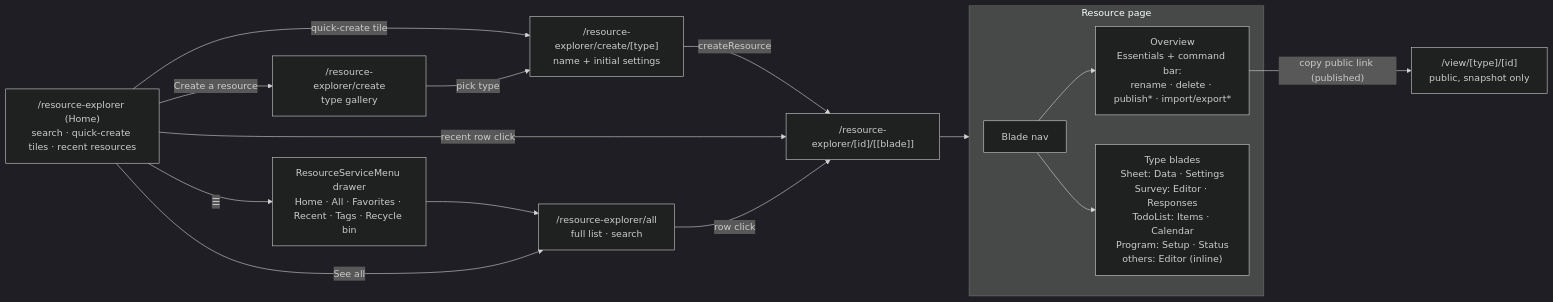
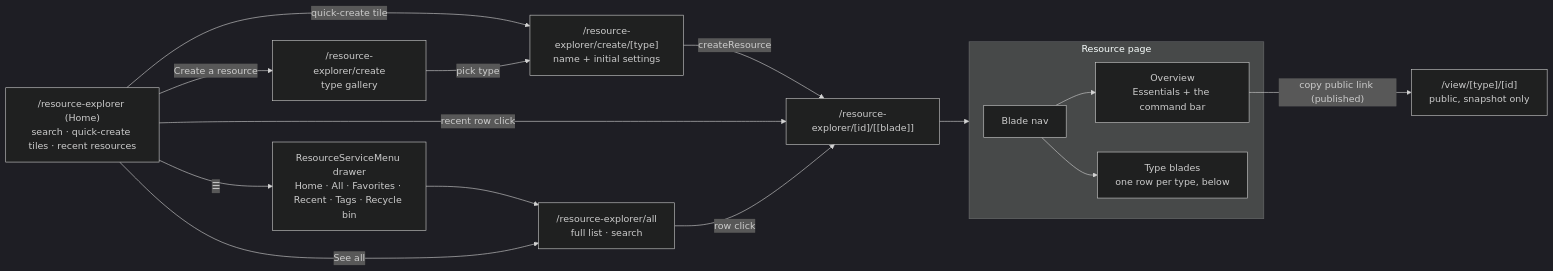
Before and after one commit to Esposter/Esposter: the first of 3 diagrams in packages/app/content/docs/platform/resource-explorer.md, drawn with Mermaid (dark theme). The commit also changed 8 other files, not shown here.

First line of the commit message:
docs(diagrams): sweep platform/, and widen the reference-product rule

````diff
--- a/packages/app/content/docs/platform/resource-explorer.md
+++ b/packages/app/content/docs/platform/resource-explorer.md
@@ -42,21 +42,21 @@
 ```mermaid
 flowchart LR
   HOME["/resource-explorer (Home)<br/>search · quick-create tiles · recent resources"]
   HOME -->|☰| SMENU["ResourceServiceMenu drawer<br/>Home · All · Favorites · Recent · Tags · Recycle bin"]
   SMENU --> ALL["/resource-explorer/all<br/>full list · search"]
   HOME -->|See all| ALL
   HOME -->|Create a resource| CREATE["/resource-explorer/create<br/>type gallery"]
   HOME -->|quick-create tile| CFORM["/resource-explorer/create/[type]<br/>name + initial settings"]
   CREATE -->|pick type| CFORM
   CFORM -->|createResource| RES["/resource-explorer/[id]/[[blade]]"]
   HOME -->|recent row click| RES
   ALL -->|row click| RES
 
   subgraph bladepage [Resource page]
-    MENU["Blade nav"] --> OV["Overview<br/>Essentials + command bar:<br/>rename · delete · publish* · import/export*"]
-    MENU --> TB["Type blades<br/>Sheet: Data · Settings<br/>Survey: Editor · Responses<br/>TodoList: Items · Calendar<br/>Program: Setup · Status<br/>others: Editor (inline)"]
+    MENU["Blade nav"] --> OV["Overview<br/>Essentials + the command bar"]
+    MENU --> TB["Type blades<br/>one row per type, below"]
   end
 
   RES --> bladepage
   OV -->|"copy public link (published)"| VIEW["/view/[type]/[id]<br/>public, snapshot only"]
 ```
````
